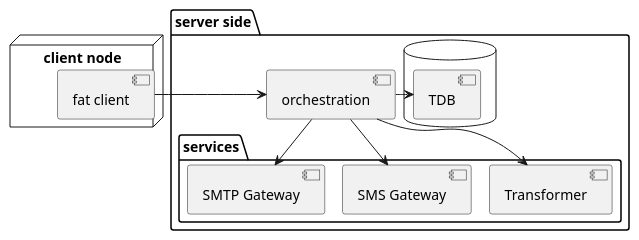
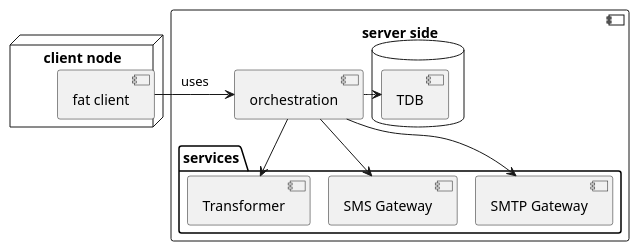
Before and after one commit to aanno/arch-examples: the diagram in szenario-1.comp.puml, drawn with PlantUML. The commit also changed 3 other files, not shown here.

```diff
--- a/szenario-1.comp.puml
+++ b/szenario-1.comp.puml
@@ -1,28 +1,27 @@
 @startuml
 !pragma layout smetana
+!pragma horizontalLineBetweenDifferentPackageAllowed
 
 node "client node" {
     [fat client]
 }
 
-
-package "server side" {
+component "server side" {
     [orchestration]
     package "services" {
         [Transformer]
         [SMS Gateway]
         [SMTP Gateway]
     }
     database {
         [TDB]
     }
 }
 
-[fat client] -r-> [orchestration]
+[fat client] -r-> [orchestration] : uses
 [orchestration] -> [TDB]
 [orchestration] -d-> [Transformer]
 [orchestration] -> [SMS Gateway]
 [orchestration] -> [SMTP Gateway]
 
-
 @enduml
```
